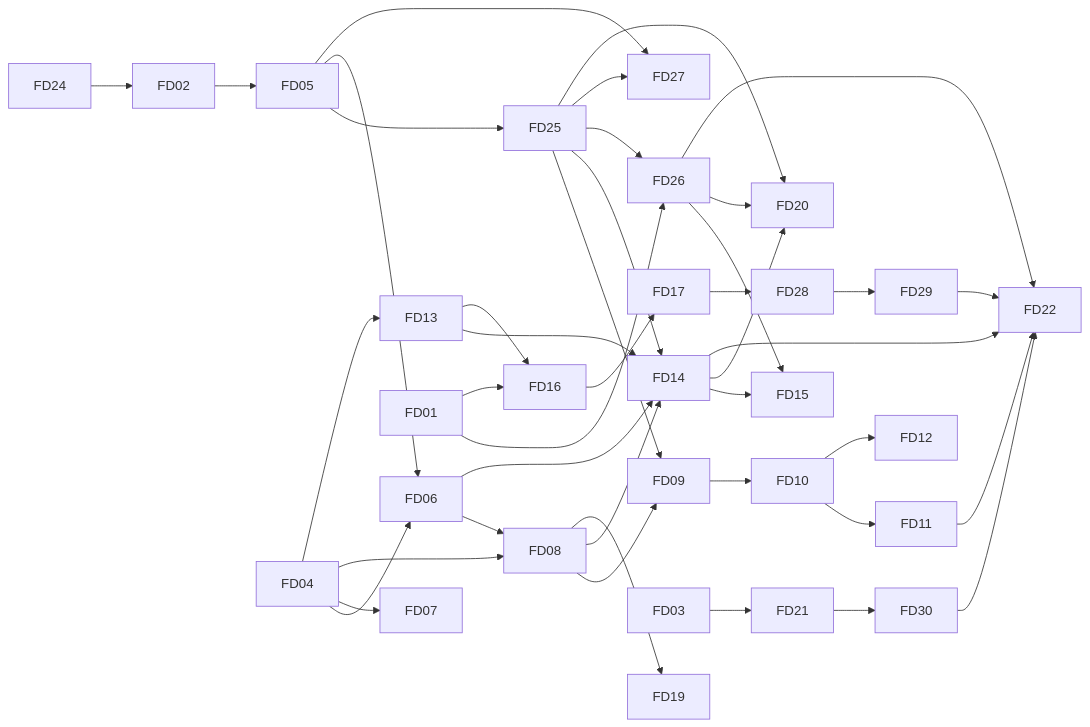
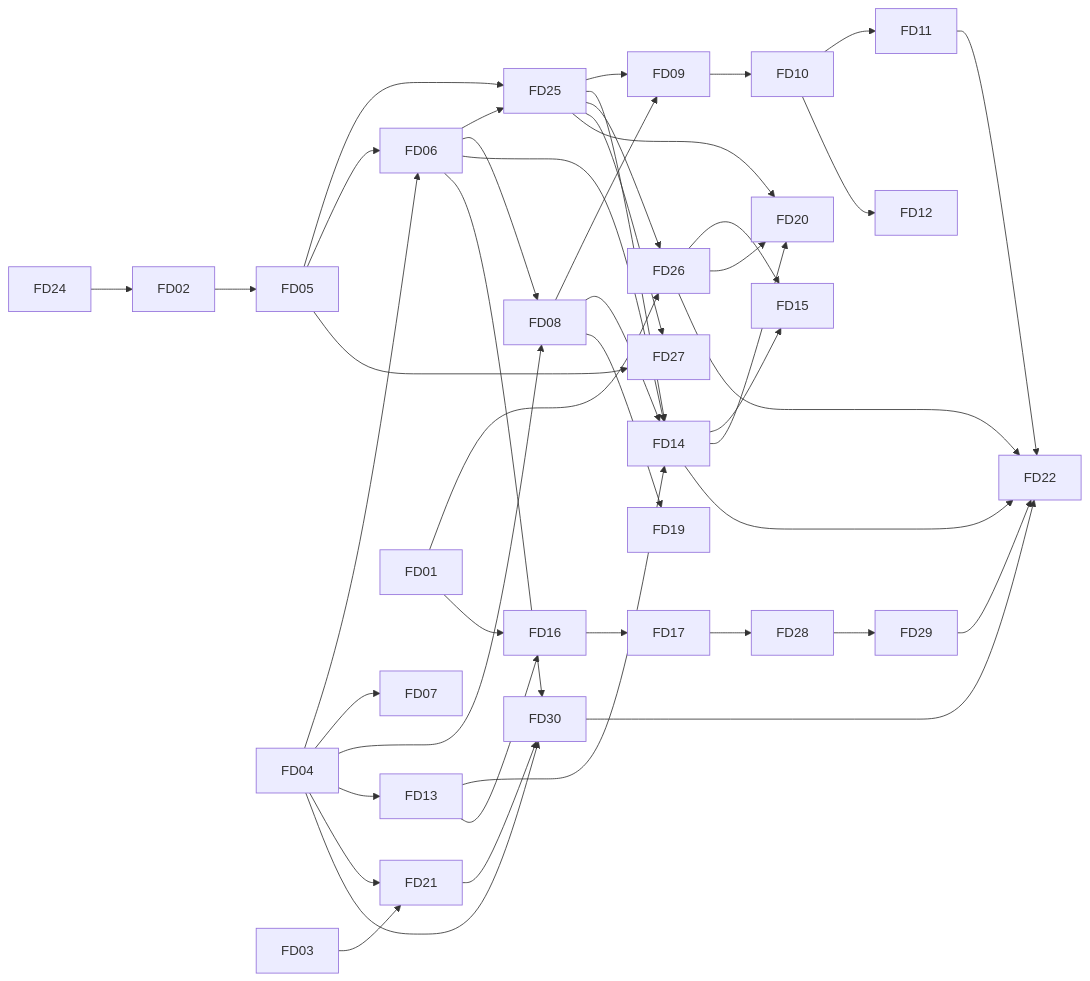
Before and after one commit to arkaydeus/ark-stack: the third of 3 diagrams in docs/design/front-door.md, drawn with Mermaid. The commit also changed other lines of this file and 4 other files, not shown here.

````diff
--- a/docs/design/front-door.md
+++ b/docs/design/front-door.md
@@ -2554,33 +2738,37 @@
 ```mermaid
 flowchart LR
   FD24 --> FD02 --> FD05 --> FD25
   FD05 --> FD06
+  FD06 --> FD25
   FD04 --> FD06 --> FD08
   FD04 --> FD07
   FD04 --> FD08 --> FD09
   FD25 --> FD09 --> FD10 --> FD11
   FD10 --> FD12
   FD04 --> FD13
   FD13 --> FD14
   FD06 --> FD14
   FD08 --> FD14
   FD25 --> FD14
   FD01 --> FD26
   FD25 --> FD26
   FD14 --> FD15
   FD26 --> FD15
   FD01 --> FD16
   FD13 --> FD16 --> FD17 --> FD28 --> FD29
   FD08 --> FD19
   FD05 --> FD27
   FD25 --> FD27
   FD14 --> FD20
   FD25 --> FD20
   FD26 --> FD20
   FD03 --> FD21 --> FD30
+  FD04 --> FD21
+  FD04 --> FD30
+  FD06 --> FD30
   FD11 --> FD22
   FD14 --> FD22
   FD26 --> FD22
   FD29 --> FD22
   FD30 --> FD22
 ```
````
